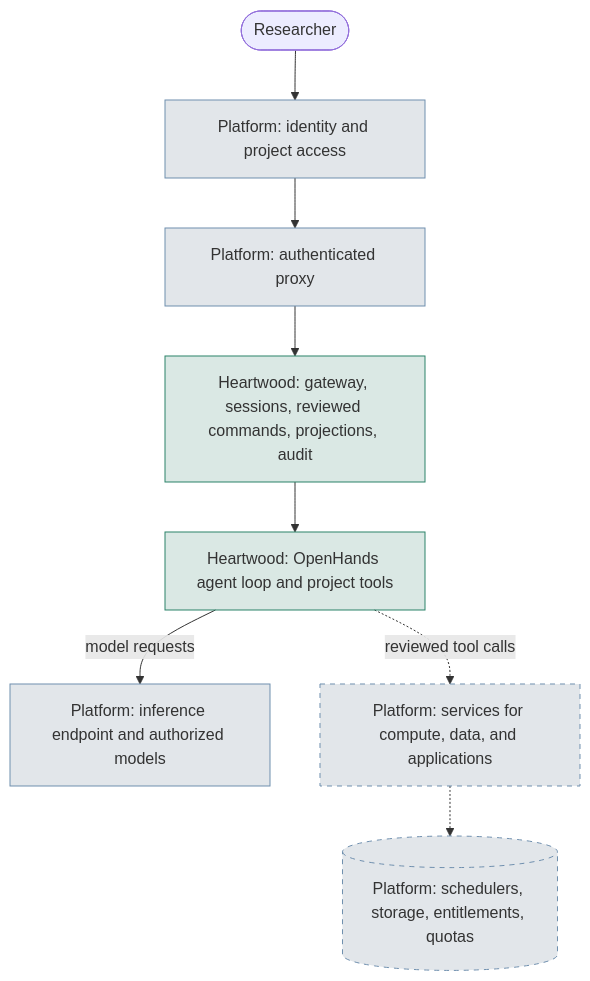
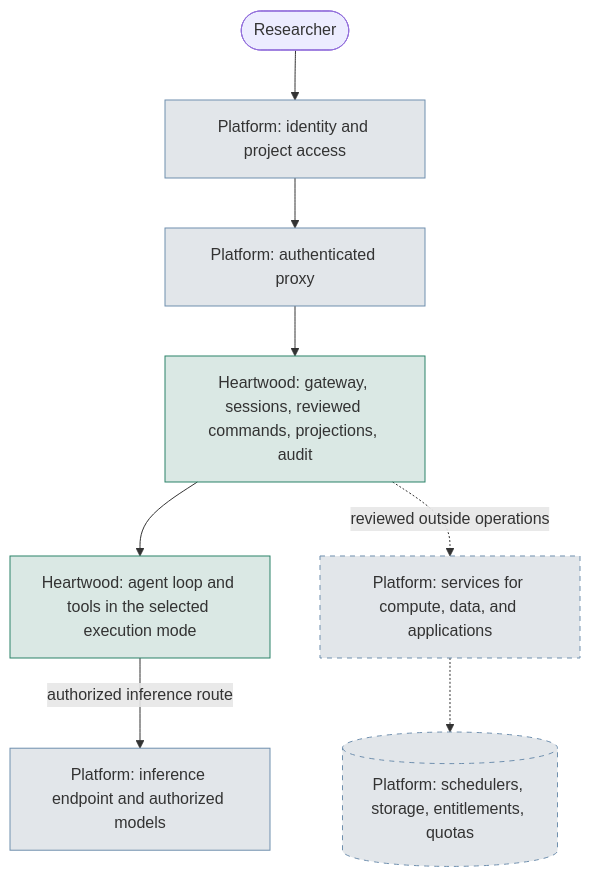
One commit to SchmiedmayerLab/heartwood changed the first of 6 diagrams in documentation/operate/platform-contract.md. Above: the diagram before and after it, drawn with Mermaid. The commit also changed other lines of this file and 18 other files, not shown here.

````diff
--- a/documentation/operate/platform-contract.md
+++ b/documentation/operate/platform-contract.md
@@ -67,21 +67,21 @@
 ```mermaid
 flowchart TB
     Researcher(["Researcher"])
     Identity["Platform: identity and project access"]
     Proxy["Platform: authenticated proxy"]
     Gateway["Heartwood: gateway, sessions, reviewed commands, projections, audit"]
-    Agent["Heartwood: OpenHands agent loop and project tools"]
+    Agent["Heartwood: agent loop and tools in the selected execution mode"]
     Inference["Platform: inference endpoint and authorized models"]
     Services["Platform: services for compute, data, and applications"]
     Infrastructure[("Platform: schedulers, storage, entitlements, quotas")]
     Researcher --> Identity --> Proxy --> Gateway --> Agent
-    Agent -- "model requests" --> Inference
-    Agent -. "reviewed tool calls" .-> Services
+    Agent -- "authorized inference route" --> Inference
+    Gateway -. "reviewed outside operations" .-> Services
     Services -.-> Infrastructure
     classDef heartwood fill:#0b694d26,stroke:#2b8268
     classDef platform fill:#3f5b7426,stroke:#6f8fae
     classDef planned stroke-dasharray: 5 5
     class Gateway,Agent heartwood
     class Identity,Proxy,Inference,Services,Infrastructure platform
     class Services,Infrastructure planned
 ```
````
